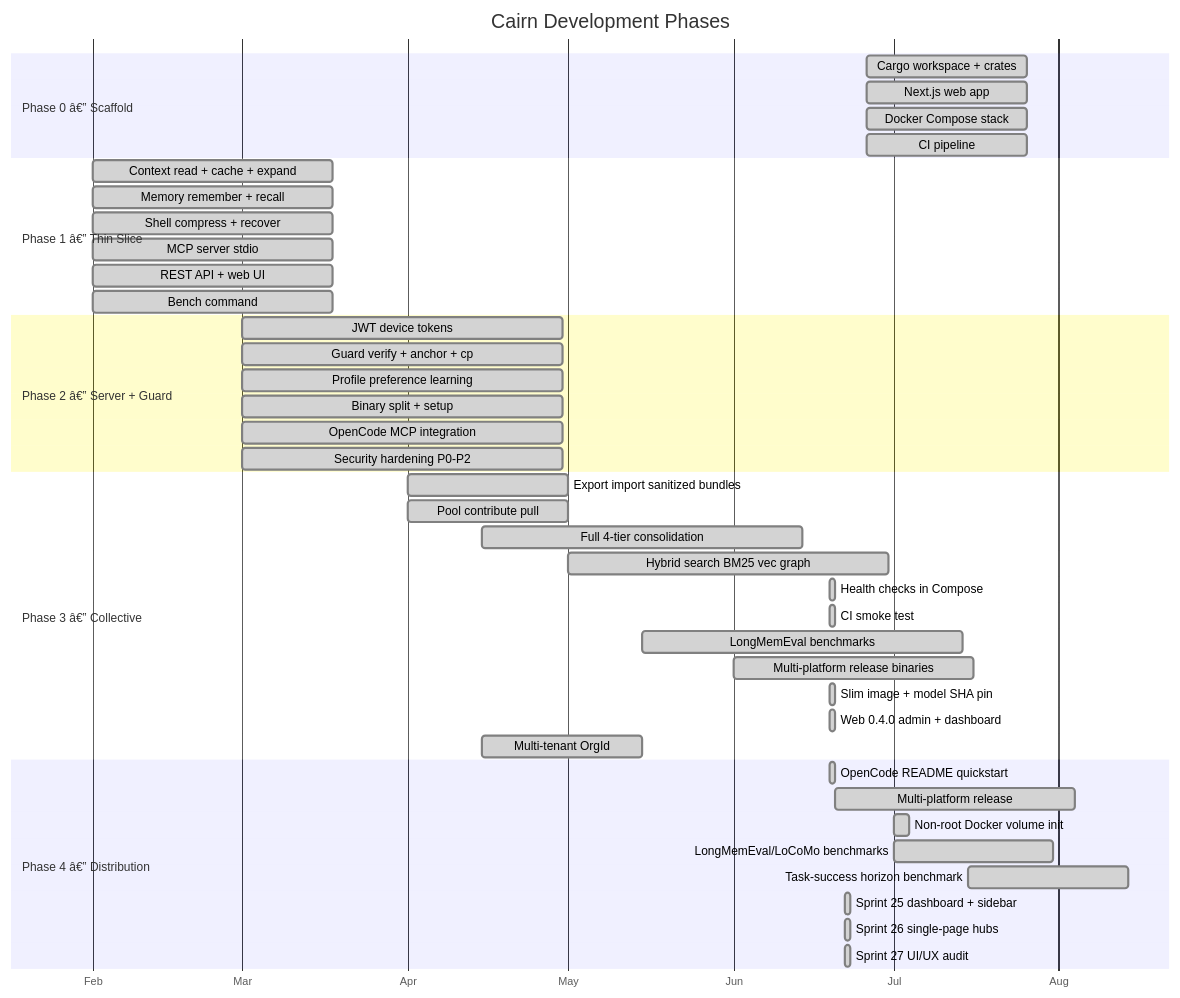
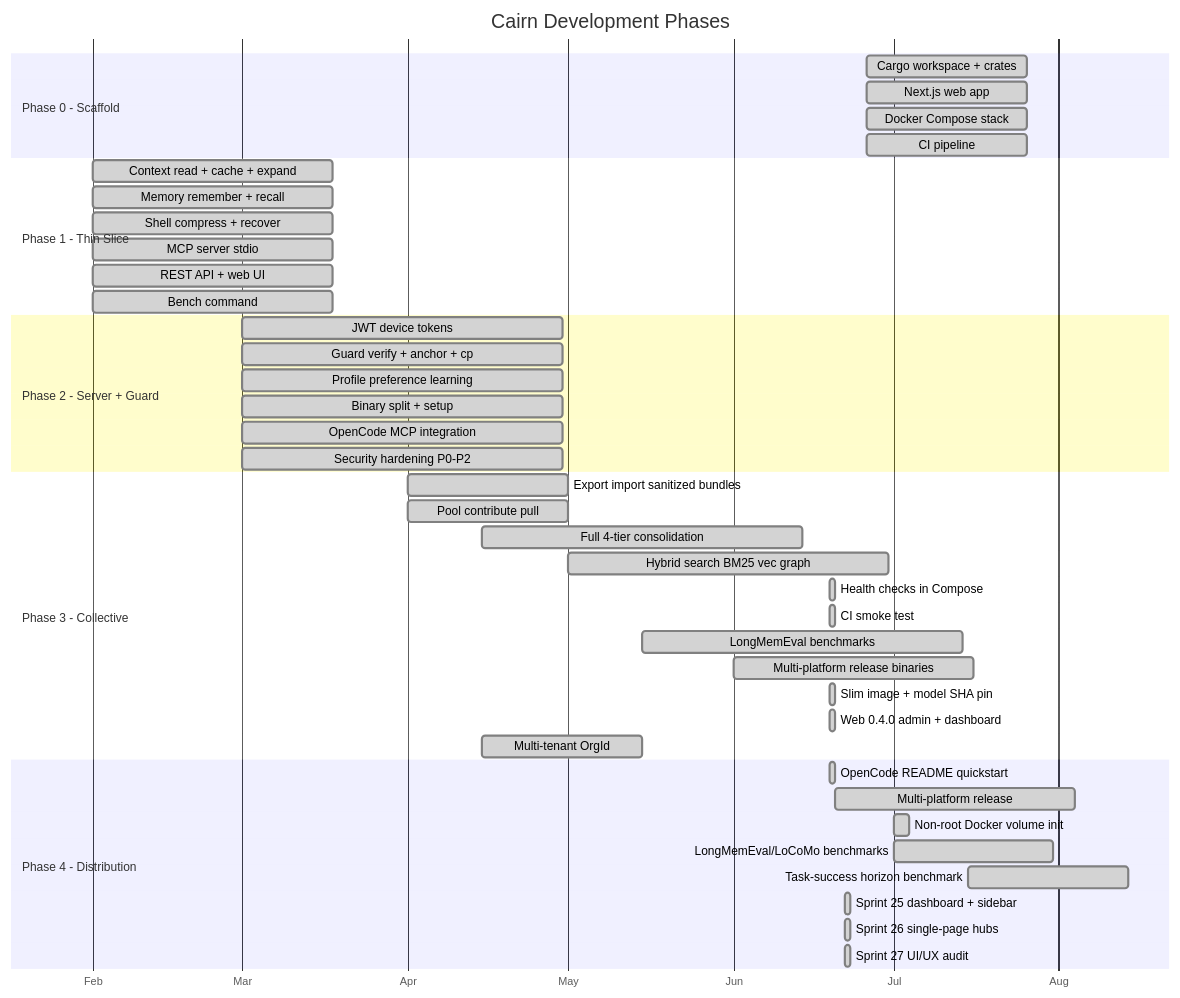
The diagram in docs/ROADMAP.md (Vellixia/Cairn), drawn with Mermaid before and after one commit. The commit also changed other lines of this file and 154 other files, not shown here.

````diff
--- a/docs/ROADMAP.md
+++ b/docs/ROADMAP.md
@@ -5,51 +5,51 @@
 ```mermaid
 gantt
     title Cairn Development Phases
     dateFormat 2026-01-01
     axisFormat %b
 
-    section Phase 0 â€” Scaffold
+    section Phase 0 - Scaffold
     Cargo workspace + crates       :done, p0a, 2026-01-01, 30d
     Next.js web app                :done, p0b, 2026-01-01, 30d
     Docker Compose stack           :done, p0c, 2026-01-01, 30d
     CI pipeline                    :done, p0d, 2026-01-01, 30d
 
-    section Phase 1 â€” Thin Slice
+    section Phase 1 - Thin Slice
     Context read + cache + expand  :done, p1a, 2026-02-01, 45d
     Memory remember + recall       :done, p1b, 2026-02-01, 45d
     Shell compress + recover       :done, p1c, 2026-02-01, 45d
     MCP server stdio               :done, p1d, 2026-02-01, 45d
     REST API + web UI              :done, p1e, 2026-02-01, 45d
     Bench command                  :done, p1f, 2026-02-01, 45d
 
-    section Phase 2 â€” Server + Guard
+    section Phase 2 - Server + Guard
     JWT device tokens              :done, p2a, 2026-03-01, 60d
     Guard verify + anchor + cp     :done, p2b, 2026-03-01, 60d
     Profile preference learning    :done, p2c, 2026-03-01, 60d
     Binary split + setup           :done, p2d, 2026-03-01, 60d
     OpenCode MCP integration       :done, p2e, 2026-03-01, 60d
     Security hardening P0-P2       :done, p2f, 2026-03-01, 60d
 
-    section Phase 3 â€” Collective
+    section Phase 3 - Collective
     Export import sanitized bundles :done, p3a, 2026-04-01, 30d
     Pool contribute pull           :done, p3b, 2026-04-01, 30d
     Full 4-tier consolidation      :done, p3c, 2026-04-15, 60d
     Hybrid search BM25 vec graph   :done, p3d, 2026-05-01, 60d
     Health checks in Compose       :done, p3e, 2026-06-19, 1d
     CI smoke test                  :done, p3f, 2026-06-19, 1d
     LongMemEval benchmarks         :done, p3g, 2026-05-15, 60d
     Multi-platform release binaries :done, p3i, 2026-06-01, 45d
     Slim image + model SHA pin     :done, p3j, 2026-06-19, 1d
     Web 0.4.0 admin + dashboard    :done, p3k, 2026-06-19, 1d
     Multi-tenant OrgId             :done, p3t, 2026-04-15, 30d
 
-    section Phase 4 â€” Distribution
+    section Phase 4 - Distribution
     OpenCode README quickstart     :done, p4a, 2026-06-19, 1d
     Multi-platform release         :done, p4b, 2026-06-20, 45d
     Non-root Docker volume init    :done, p4e, 2026-07-01, 3d
     LongMemEval/LoCoMo benchmarks  :done, p4f, 2026-07-01, 30d
     Task-success horizon benchmark :done, p4g, 2026-07-15, 30d
     Sprint 25 dashboard + sidebar  :done, p4h, 2026-06-22, 1d
     Sprint 26 single-page hubs     :done, p4i, 2026-06-22, 1d
     Sprint 27 UI/UX audit          :done, p4j, 2026-06-22, 1d
 ```
````
